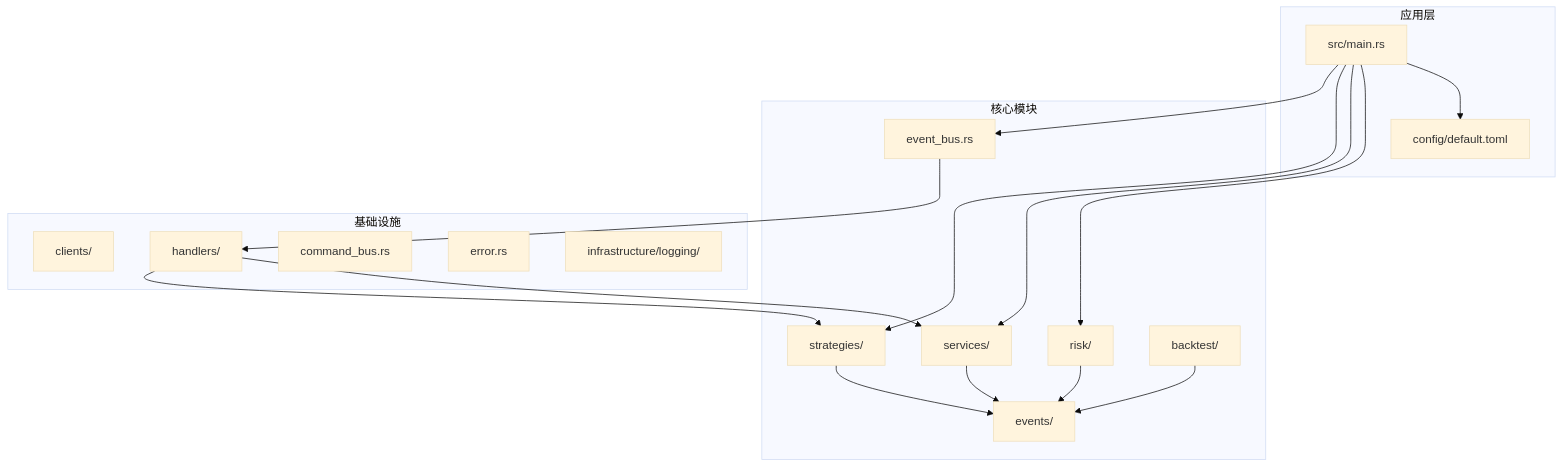
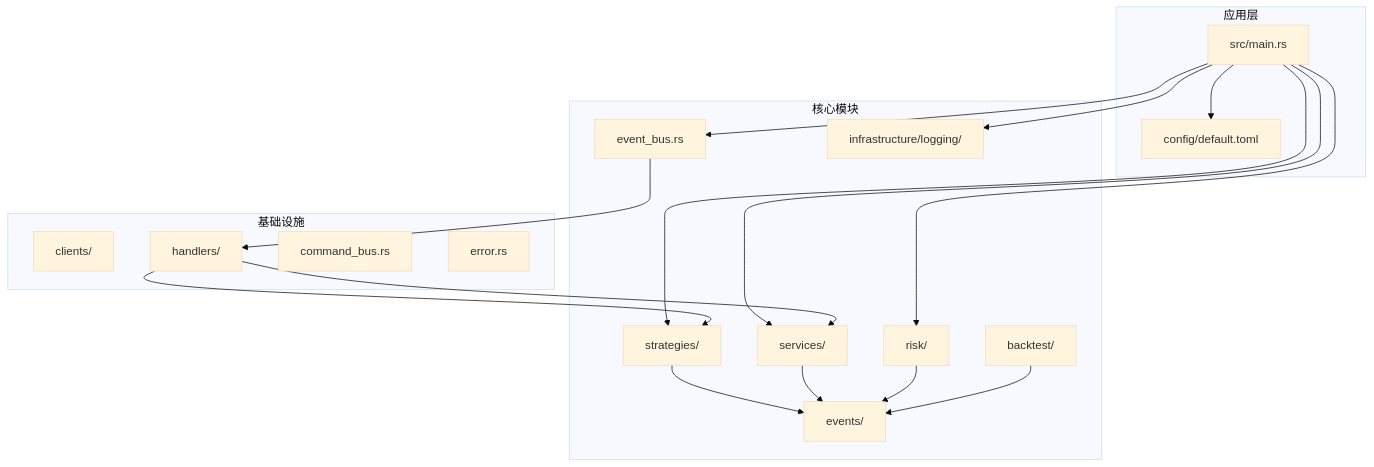
One commit to Heres1/binanceWebsocket changed the first of 11 diagrams in .qoder/repowiki/zh/content/核心模块/动量策略引擎.md. Above: the diagram before and after it, drawn with Mermaid (base theme). The commit also changed other lines of this file and 7 other files, not shown here.

````diff
--- a/.qoder/repowiki/zh/content/核心模块/动量策略引擎.md
+++ b/.qoder/repowiki/zh/content/核心模块/动量策略引擎.md
@@ -64,34 +67,35 @@
 ```mermaid
 graph TB
 subgraph "应用层"
 Main[src/main.rs]
 Config[config/default.toml]
 end
 subgraph "核心模块"
 EventBus[event_bus.rs]
 Events[events/]
 Strategies[strategies/]
 Services[services/]
 Risk[risk/]
 Backtest[backtest/]
+Logging[infrastructure/logging/]
 end
 subgraph "基础设施"
 Clients[clients/]
 Handlers[handlers/]
 CommandBus[command_bus.rs]
 Error[error.rs]
-Logging[infrastructure/logging/]
 end
 Main --> EventBus
 Main --> Strategies
 Main --> Services
 Main --> Risk
 Main --> Config
+Main --> Logging
 Strategies --> Events
 Services --> Events
 Risk --> Events
 Backtest --> Events
 EventBus --> Handlers
 Handlers --> Strategies
 Handlers --> Services
 ```
````
